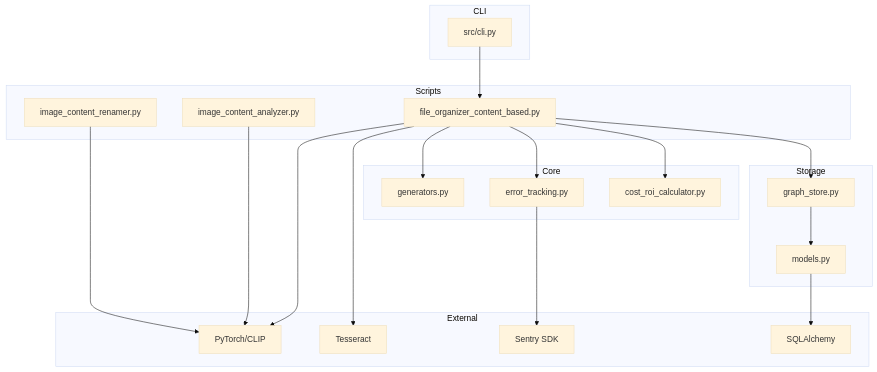
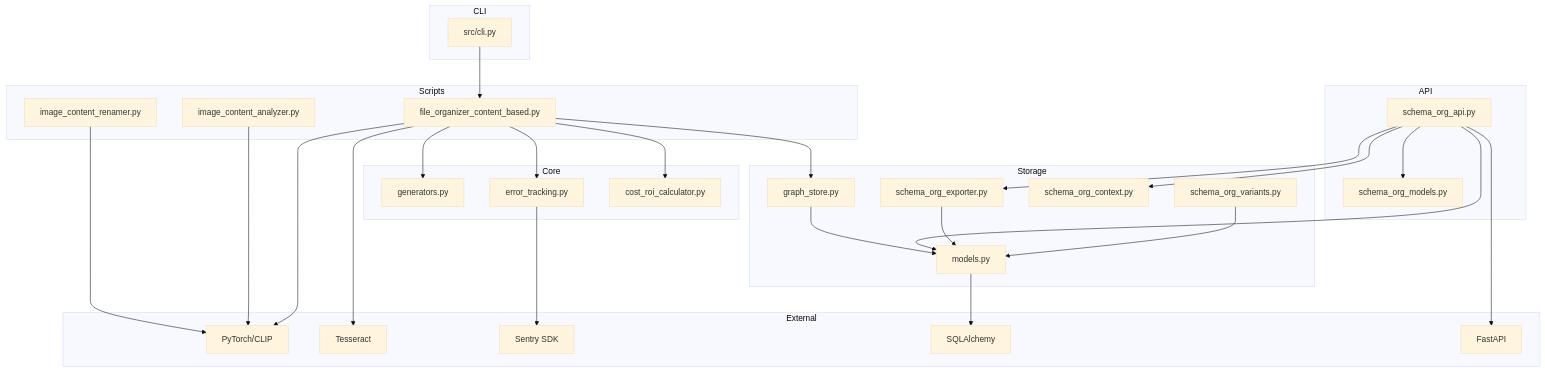
Before and after one commit to integritystudio/schema-org-file-system: the fourth of 4 diagrams in README.md, drawn with Mermaid (base theme). The commit also changed other lines of this file and 3 other files, not shown here.

````diff
--- a/README.md
+++ b/README.md
@@ -271,37 +293,50 @@
 ```mermaid
 graph TB
     subgraph CLI
         cli[src/cli.py]
+    end
+
+    subgraph API
+        soa[schema_org_api.py]
+        som[schema_org_models.py]
     end
 
     subgraph Scripts
         foc[file_organizer_content_based.py]
         icr[image_content_renamer.py]
         ica[image_content_analyzer.py]
     end
 
     subgraph Core
         gen[generators.py]
         err[error_tracking.py]
         cost[cost_roi_calculator.py]
     end
 
     subgraph Storage
         gs[graph_store.py]
         models[models.py]
+        exp[schema_org_exporter.py]
+        ctx[schema_org_context.py]
+        var[schema_org_variants.py]
     end
 
     subgraph External
         torch[PyTorch/CLIP]
         tess[Tesseract]
         sentry[Sentry SDK]
         sa[SQLAlchemy]
+        fa[FastAPI]
     end
 
     cli --> foc
     foc --> gen & err & cost & gs
     icr & ica --> torch
     gs --> models --> sa
     err --> sentry
     foc --> torch & tess
+    soa --> exp & ctx & models & som
+    soa --> fa
+    exp --> models
+    var --> models
 ```
````
